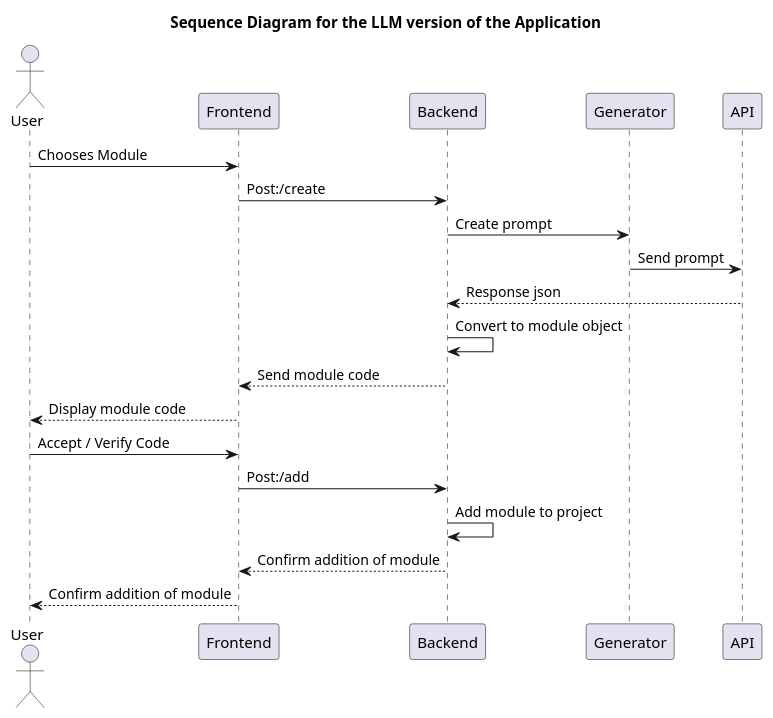
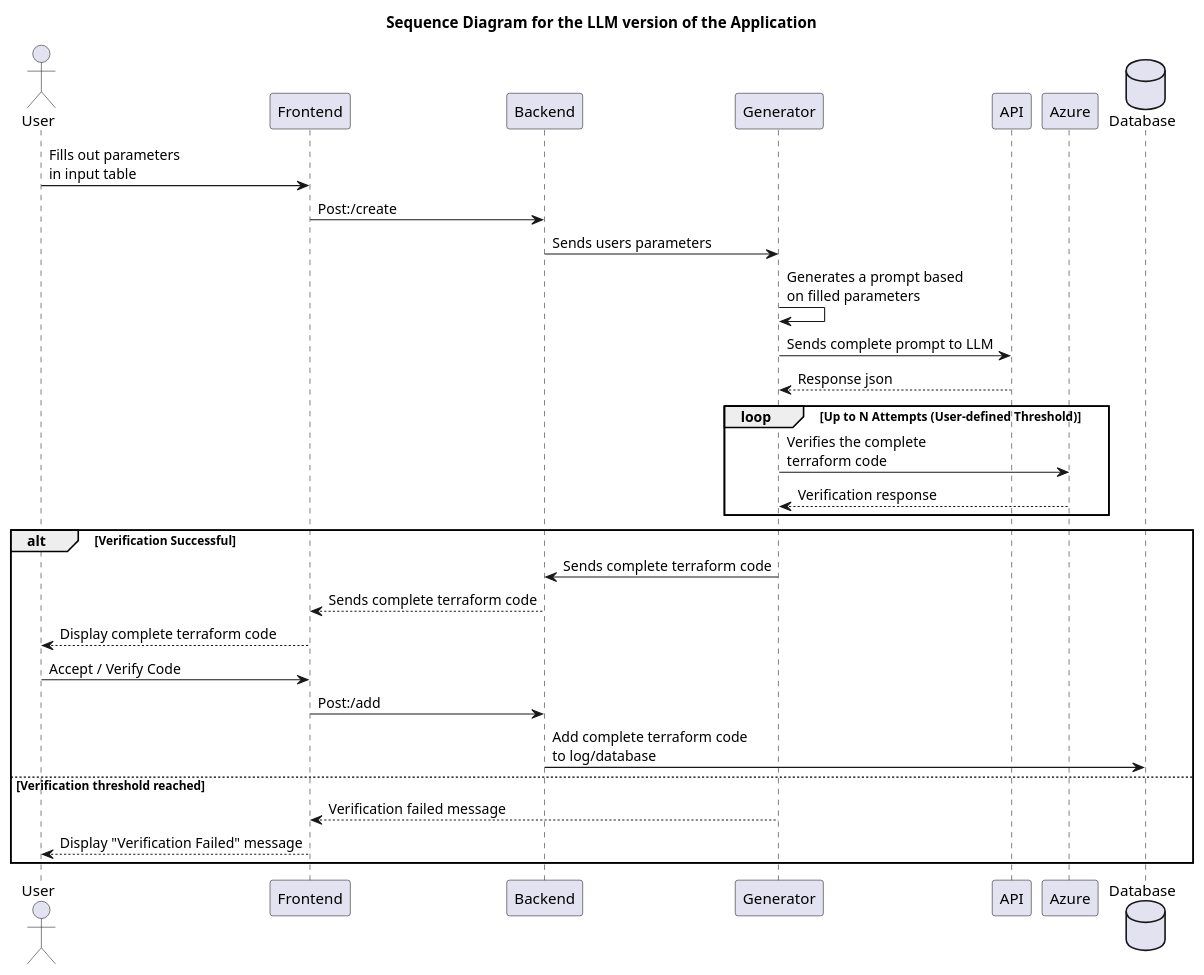
Before and after one commit to Bachelor-B25ITK12/Diagrammer: the diagram in UML_Diagrammer/LLM_Application_Flow.puml, drawn with PlantUML. The commit also changed 1 other file, not shown here.

Commit message:
Oppdatert sekvensdiagram

```diff
--- a/UML_Diagrammer/LLM_Application_Flow.puml
+++ b/UML_Diagrammer/LLM_Application_Flow.puml
@@ -1,29 +1,42 @@
 @startuml
 'https://plantuml.com/sequence-diagram
 
 ' This is for the LLM version of the application '
 title Sequence Diagram for the LLM version of the Application
 
 ' Actors '
-actor           User            as User
-participant     Frontend        as Frontend
-participant     Backend         as Backend
-participant     Generator       as Generator
-participant     API             as API
+actor           User            as  User
+participant     Frontend        as  Frontend
+participant     Backend         as  Backend
+participant     Generator       as  Generator
+participant     API             as  API
+participant     Azure           as  Azure
+database        Database        as  Database
 
 ' Connections between participants '
-User        ->      Frontend    :   Chooses Module
+User        ->      Frontend    :   Fills out parameters \nin input table
 Frontend    ->      Backend     :   Post:/create
-Backend     ->      Generator   :   Create prompt
-Generator   ->      API         :   Send prompt
-API         -->     Backend     :   Response json
-Backend     ->      Backend     :   Convert to module object
-Backend     -->     Frontend    :   Send module code
-Frontend    -->     User        :   Display module code
-User        ->      Frontend    :   Accept / Verify Code
-Frontend    ->      Backend     :   Post:/add
-Backend     ->      Backend     :   Add module to project
-Backend     -->     Frontend    :   Confirm addition of module
-Frontend    -->     User        :   Confirm addition of module
+Backend     ->      Generator   :   Sends users parameters
+Generator   ->      Generator   :   Generates a prompt based \non filled parameters
+Generator   ->      API         :   Sends complete prompt to LLM
+API         -->     Generator   :   Response json
+
+' Verification Step '
+loop Up to N Attempts (User-defined Threshold)
+    Generator   ->      Azure       :   Verifies the complete\nterraform code
+    Azure       -->     Generator   :   Verification response
+end loop
+
+alt Verification Successful
+    Generator   ->      Backend     :   Sends complete terraform code
+    Backend     -->     Frontend    :   Sends complete terraform code
+    Frontend    -->     User        :   Display complete terraform code
+    User        ->      Frontend    :   Accept / Verify Code
+    Frontend    ->      Backend     :   Post:/add
+    Backend     ->      Database    :   Add complete terraform code\nto log/database
+else Verification threshold reached
+    Generator   -->     Frontend    :   Verification failed message
+    Frontend    -->     User        :   Display "Verification Failed" message
+end alt
 
 @enduml
```
